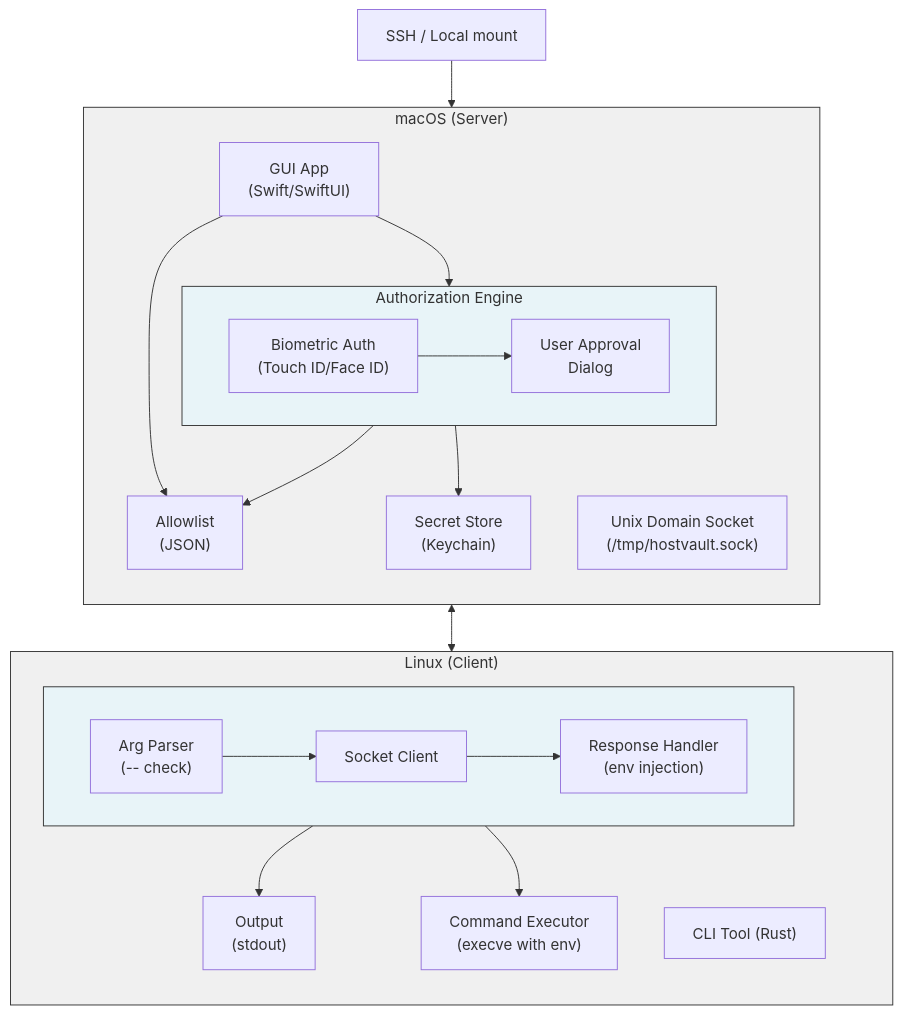
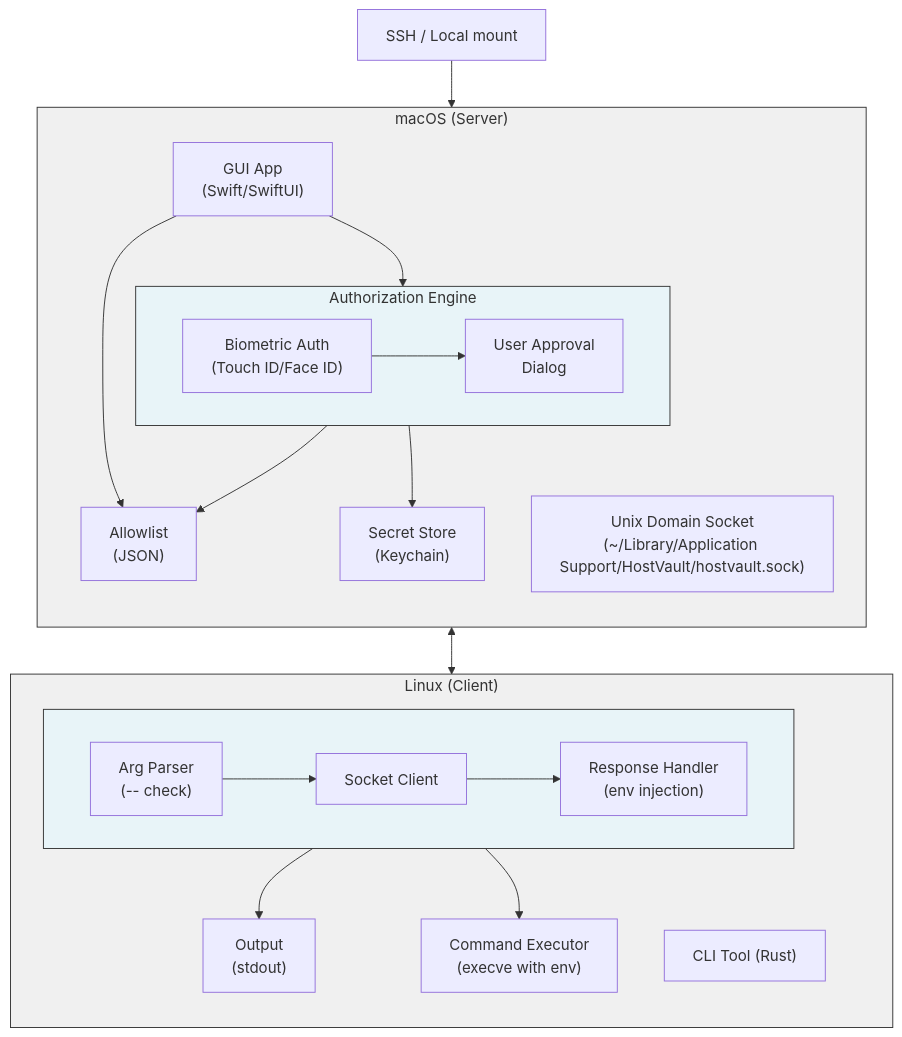
The first of 2 diagrams in prds/hostvault/PRD.md (notwillk/thoughts), drawn with Mermaid before and after one commit. The commit also changed other lines of this file, not shown here.

````diff
--- a/prds/hostvault/PRD.md
+++ b/prds/hostvault/PRD.md
@@ -51,41 +52,41 @@
 ```mermaid
 graph TB
     subgraph macOS["macOS (Server)"]
         direction TB
         GUI["GUI App<br/>(Swift/SwiftUI)"] --> AuthEngine["Authorization Engine"]
 
         subgraph AuthEngine["Authorization Engine"]
             direction LR
             BioAuth["Biometric Auth<br/>(Touch ID/Face ID)"] --> UserApproval["User Approval<br/>Dialog"]
         end
 
         GUI --> Allowlist["Allowlist<br/>(JSON)"]
         AuthEngine --> Allowlist
         AuthEngine --> SecretStore["Secret Store<br/>(Keychain)"]
 
-        Socket["Unix Domain Socket<br/>(/tmp/hostvault.sock)"]
+        Socket["Unix Domain Socket<br/>(~/Library/Application Support/HostVault/hostvault.sock)"]
     end
 
     SSH["SSH / Local mount"] --> Socket
 
     subgraph Linux["Linux (Client)"]
         direction TB
         CLI["CLI Tool (Rust)"]
 
         subgraph CLIComponents[" " ]
             direction LR
             ArgParser["Arg Parser<br/>(-- check)"] --> SocketClient["Socket Client"]
             SocketClient --> ResponseHandler["Response Handler<br/>(env injection)"]
         end
 
         ResponseHandler --> Output["Output<br/>(stdout)"]
         ResponseHandler --> CmdExec["Command Executor<br/>(execve with env)"]
     end
 
     Socket <--> SocketClient
 
     style macOS fill:#f0f0f0,stroke:#333
     style Linux fill:#f0f0f0,stroke:#333
     style AuthEngine fill:#e8f4f8,stroke:#333
     style CLIComponents fill:#e8f4f8,stroke:#333
 ```
````
